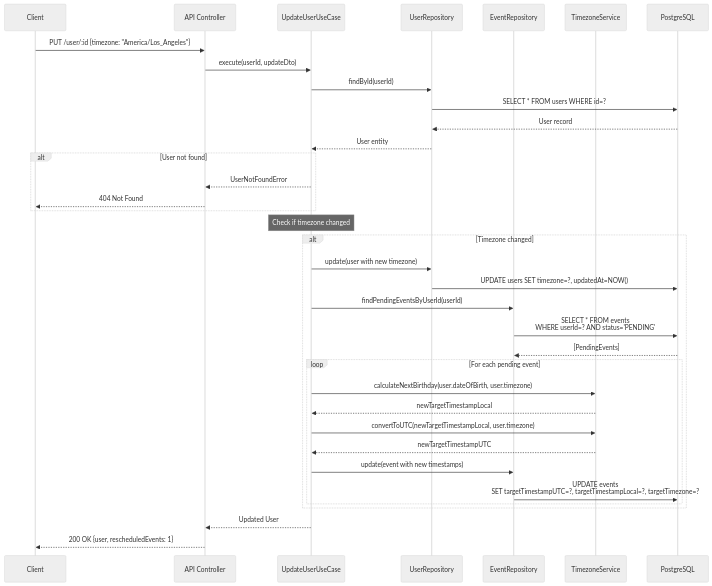
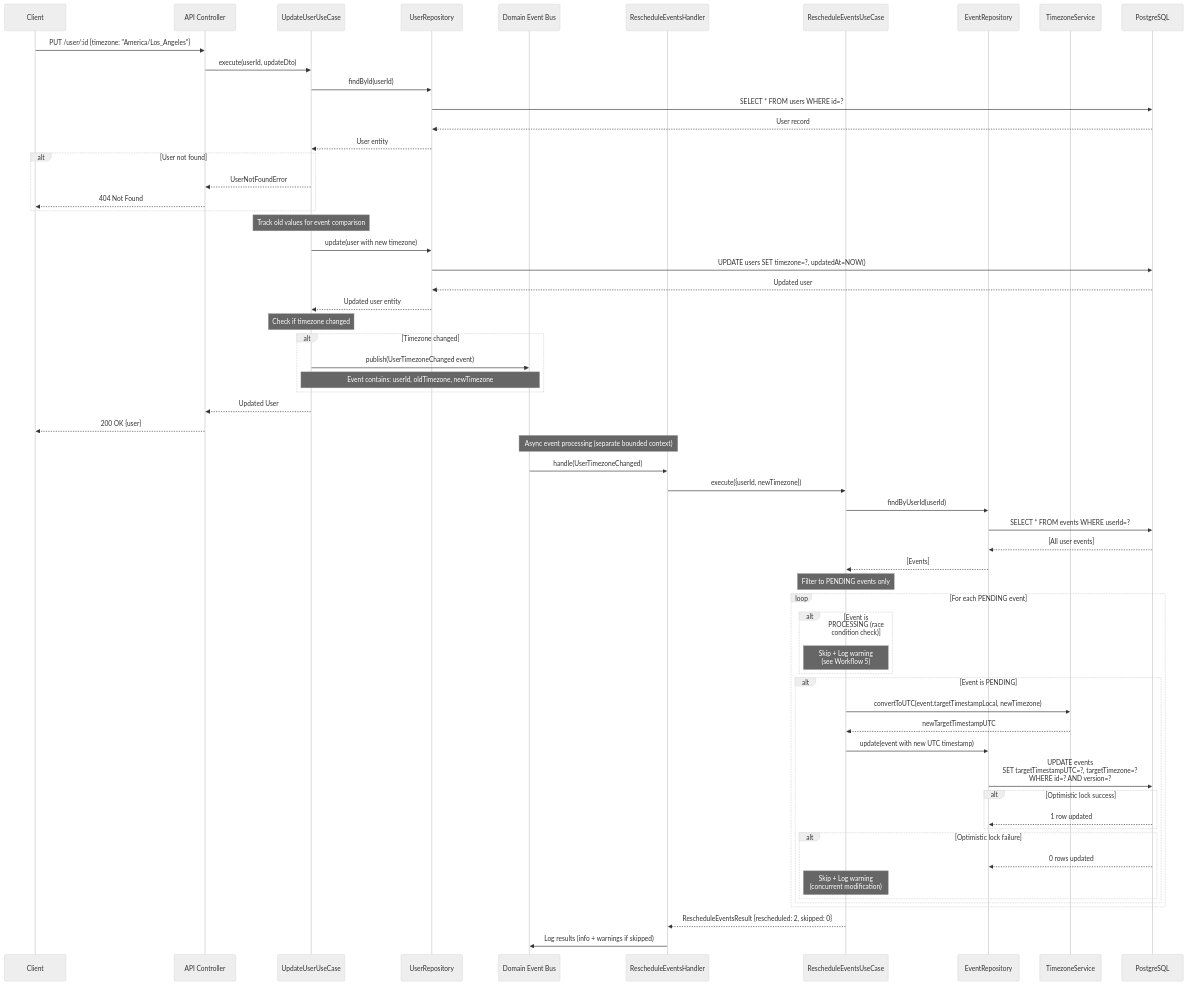
One commit to pradok/events-scheduler changed the third of 5 diagrams in docs/architecture/workflows.md. Above: the diagram before and after it, drawn with Mermaid (neutral theme). The commit also changed other lines of this file and 22 other files, not shown here.

First line of the commit message:
Refactor RecoveryService to domain/services and update workflows

````diff
--- a/docs/architecture/workflows.md
+++ b/docs/architecture/workflows.md
@@ -168,46 +172,77 @@
 ```mermaid
 sequenceDiagram
     participant Client
     participant API as API Controller
     participant UpdateUserUC as UpdateUserUseCase
     participant UserRepo as UserRepository
+    participant EventBus as Domain Event Bus
+    participant RescheduleHandler as RescheduleEventsHandler
+    participant RescheduleUC as RescheduleEventsUseCase
     participant EventRepo as EventRepository
     participant TzService as TimezoneService
     participant DB as PostgreSQL
 
     Client->>API: PUT /user/:id {timezone: "America/Los_Angeles"}
     API->>UpdateUserUC: execute(userId, updateDto)
 
     UpdateUserUC->>UserRepo: findById(userId)
     UserRepo->>DB: SELECT * FROM users WHERE id=?
     DB-->>UserRepo: User record
     UserRepo-->>UpdateUserUC: User entity
 
     alt User not found
         UpdateUserUC-->>API: UserNotFoundError
         API-->>Client: 404 Not Found
     end
 
+    Note over UpdateUserUC: Track old values for event comparison
+    UpdateUserUC->>UserRepo: update(user with new timezone)
+    UserRepo->>DB: UPDATE users SET timezone=?, updatedAt=NOW()
+    DB-->>UserRepo: Updated user
+    UserRepo-->>UpdateUserUC: Updated user entity
+
     Note over UpdateUserUC: Check if timezone changed
     alt Timezone changed
-        UpdateUserUC->>UserRepo: update(user with new timezone)
-        UserRepo->>DB: UPDATE users SET timezone=?, updatedAt=NOW()
+        UpdateUserUC->>EventBus: publish(UserTimezoneChanged event)
+        Note over UpdateUserUC,EventBus: Event contains: userId, oldTimezone, newTimezone
+    end
 
-        UpdateUserUC->>EventRepo: findPendingEventsByUserId(userId)
-        EventRepo->>DB: SELECT * FROM events<br/>WHERE userId=? AND status='PENDING'
-        DB-->>EventRepo: [PendingEvents]
+    UpdateUserUC-->>API: Updated User
+    API-->>Client: 200 OK {user}
 
-        loop For each pending event
-            UpdateUserUC->>TzService: calculateNextBirthday(user.dateOfBirth, user.timezone)
-            TzService-->>UpdateUserUC: newTargetTimestampLocal
-            UpdateUserUC->>TzService: convertToUTC(newTargetTimestampLocal, user.timezone)
-            TzService-->>UpdateUserUC: newTargetTimestampUTC
+    Note over EventBus,RescheduleHandler: Async event processing (separate bounded context)
+    EventBus->>RescheduleHandler: handle(UserTimezoneChanged)
+    RescheduleHandler->>RescheduleUC: execute({userId, newTimezone})
 
-            UpdateUserUC->>EventRepo: update(event with new timestamps)
-            EventRepo->>DB: UPDATE events<br/>SET targetTimestampUTC=?, targetTimestampLocal=?, targetTimezone=?
+    RescheduleUC->>EventRepo: findByUserId(userId)
+    EventRepo->>DB: SELECT * FROM events WHERE userId=?
+    DB-->>EventRepo: [All user events]
+    EventRepo-->>RescheduleUC: [Events]
+
+    Note over RescheduleUC: Filter to PENDING events only
+    loop For each PENDING event
+        alt Event is PROCESSING (race condition check)
+            Note over RescheduleUC: Skip + Log warning<br/>(see Workflow 5)
+        end
+
+        alt Event is PENDING
+            RescheduleUC->>TzService: convertToUTC(event.targetTimestampLocal, newTimezone)
+            TzService-->>RescheduleUC: newTargetTimestampUTC
+
+            RescheduleUC->>EventRepo: update(event with new UTC timestamp)
+            EventRepo->>DB: UPDATE events<br/>SET targetTimestampUTC=?, targetTimezone=?<br/>WHERE id=? AND version=?
+
+            alt Optimistic lock success
+                DB-->>EventRepo: 1 row updated
+            end
+
+            alt Optimistic lock failure
+                DB-->>EventRepo: 0 rows updated
+                Note over RescheduleUC: Skip + Log warning<br/>(concurrent modification)
+            end
         end
     end
 
-    UpdateUserUC-->>API: Updated User
-    API-->>Client: 200 OK {user, rescheduledEvents: 1}
+    RescheduleUC-->>RescheduleHandler: RescheduleEventsResult {rescheduled: 2, skipped: 0}
+    RescheduleHandler->>EventBus: Log results (info + warnings if skipped)
 ```
````
